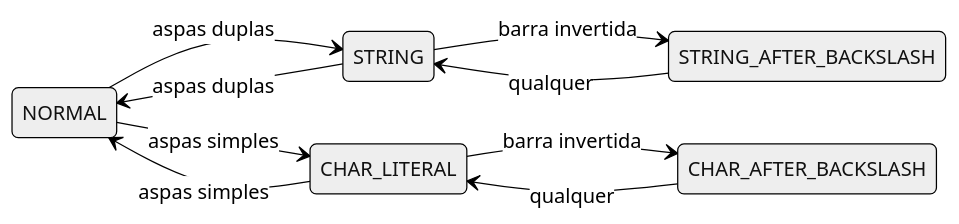
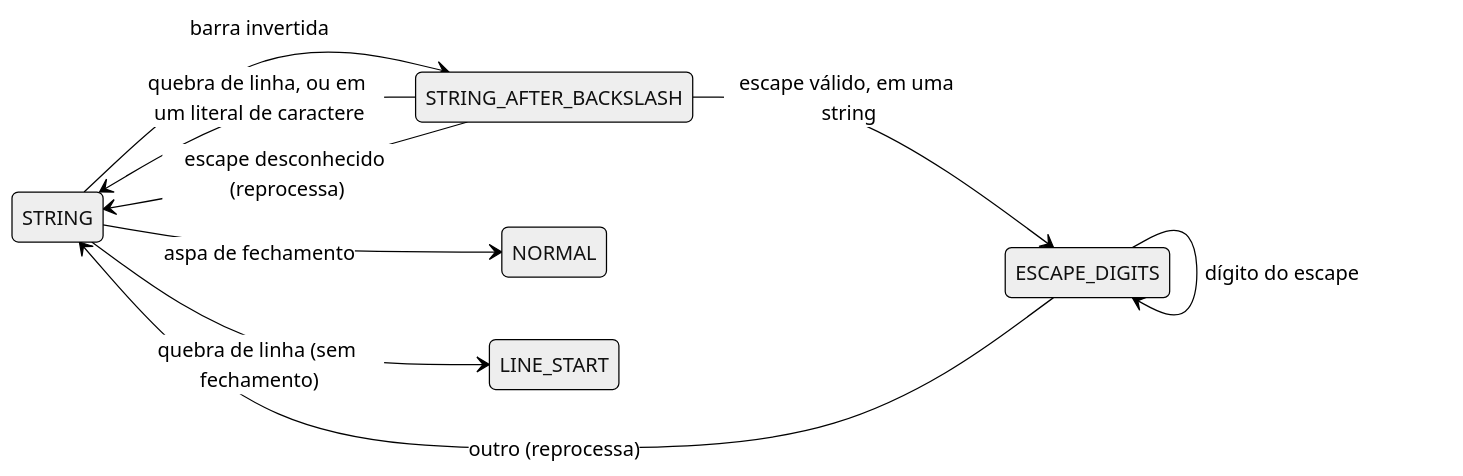
One commit to castlelli/mac0122 changed the seventh of 8 diagrams in README.pt-BR.md. Above: the diagram before and after it, drawn with Mermaid (neutral theme). The commit also changed other lines of this file and 2 other files, not shown here.

````diff
--- a/README.pt-BR.md
+++ b/README.pt-BR.md
@@ -259,12 +312,12 @@
 ```mermaid
 stateDiagram-v2
     direction LR
-    NORMAL --> STRING : aspas duplas
     STRING --> STRING_AFTER_BACKSLASH : barra invertida
-    STRING_AFTER_BACKSLASH --> STRING : qualquer
-    STRING --> NORMAL : aspas duplas
-    NORMAL --> CHAR_LITERAL : aspas simples
-    CHAR_LITERAL --> CHAR_AFTER_BACKSLASH : barra invertida
-    CHAR_AFTER_BACKSLASH --> CHAR_LITERAL : qualquer
-    CHAR_LITERAL --> NORMAL : aspas simples
+    STRING --> NORMAL : aspa de fechamento
+    STRING --> LINE_START : quebra de linha (sem fechamento)
+    STRING_AFTER_BACKSLASH --> ESCAPE_DIGITS : escape válido, em uma string
+    STRING_AFTER_BACKSLASH --> STRING : quebra de linha, ou em um literal de caractere
+    STRING_AFTER_BACKSLASH --> STRING : escape desconhecido (reprocessa)
+    ESCAPE_DIGITS --> ESCAPE_DIGITS : dígito do escape
+    ESCAPE_DIGITS --> STRING : outro (reprocessa)
 ```
````
